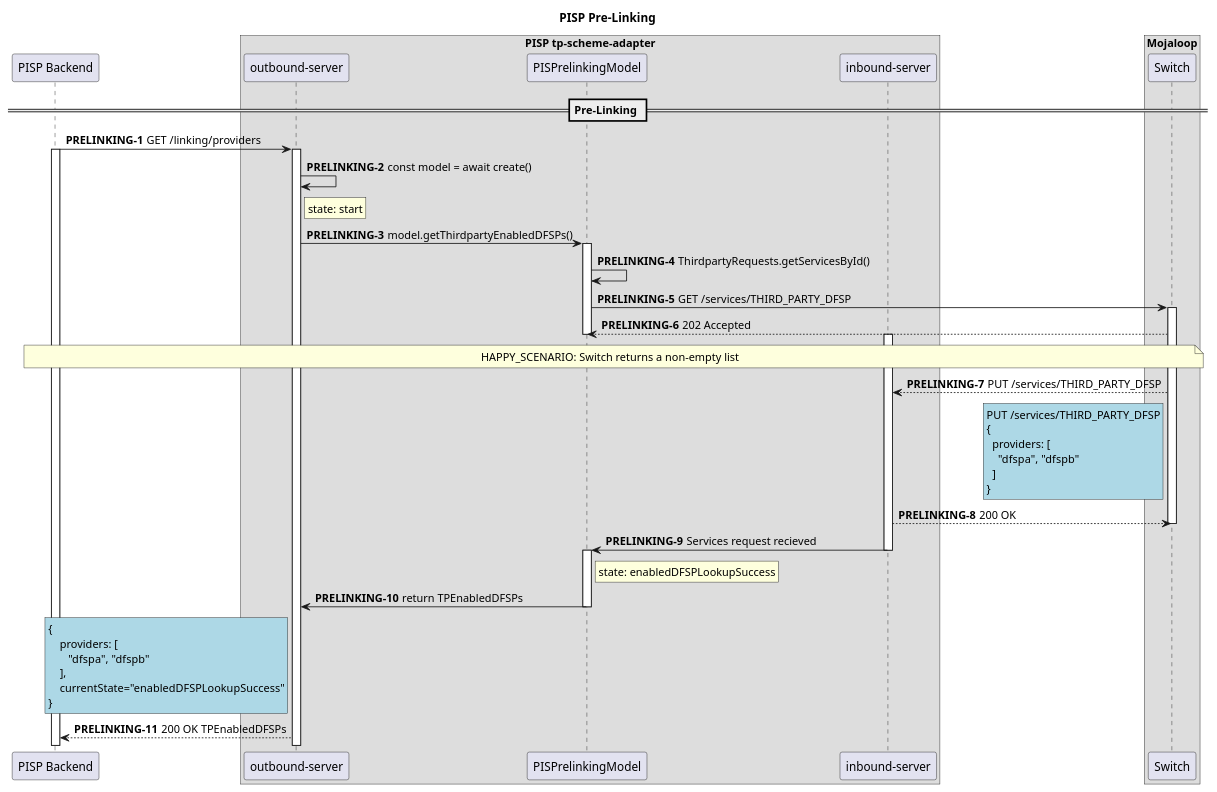
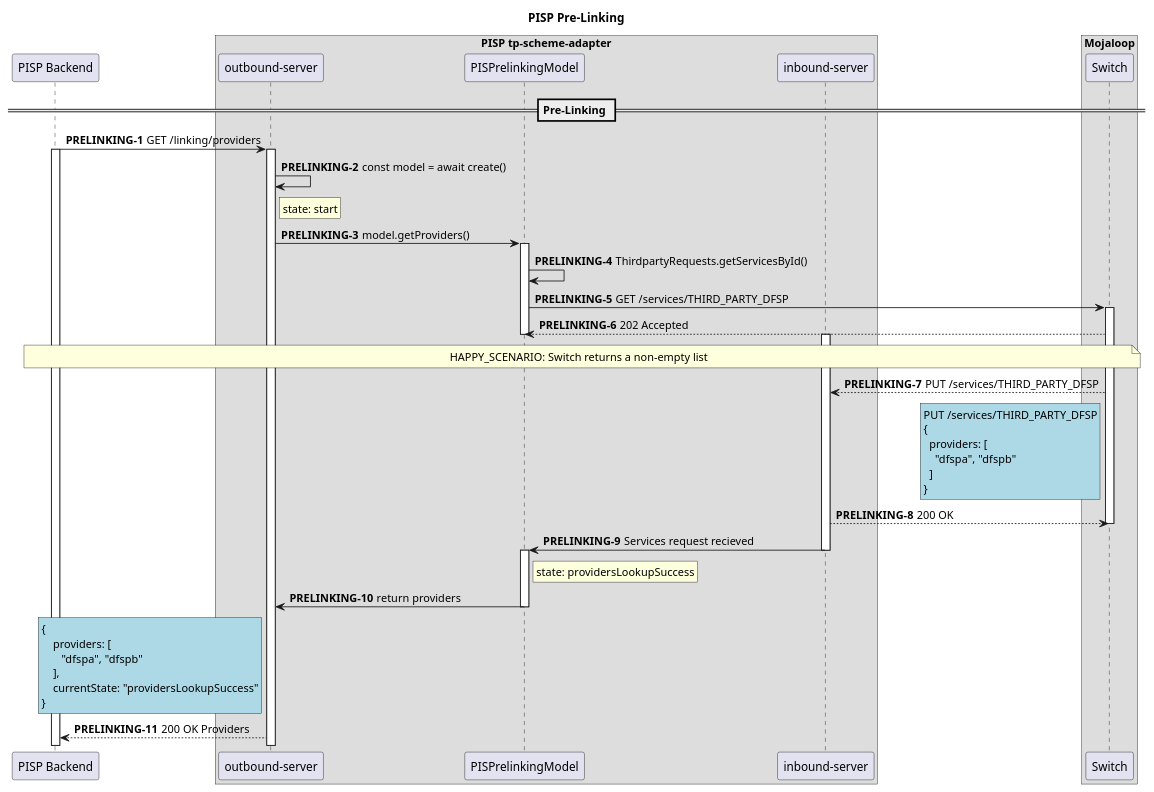
Before and after one commit to mojaloop/thirdparty-sdk: the diagram in docs/sequence/PISPPreLinkingApi.puml, drawn with PlantUML. The commit also changed 3 other files, not shown here.

```diff
--- a/docs/sequence/PISPPreLinkingApi.puml
+++ b/docs/sequence/PISPPreLinkingApi.puml
@@ -1,74 +1,74 @@
 @startuml
 
 title PISP Pre-Linking
 
 participant "PISP Backend" as PISP
 box "PISP tp-scheme-adapter"
   participant "outbound-server" as PISP_TP_OUT
   participant "PISPrelinkingModel" as PISP_PLM
   participant "inbound-server" as PISP_TP_IN
 end box
 box "Mojaloop"
     participant Switch
 end box
 
 == Pre-Linking ==
 autonumber 1 "<b>PRELINKING-#</b>"
 
 PISP -> PISP_TP_OUT: GET /linking/providers
 
 activate PISP
 activate PISP_TP_OUT
 
 PISP_TP_OUT -> PISP_TP_OUT: const model = await create()
 rnote right of PISP_TP_OUT: state: start
-PISP_TP_OUT -> PISP_PLM: model.getThirdpartyEnabledDFSPs()
+PISP_TP_OUT -> PISP_PLM: model.getProviders()
 
 activate PISP_PLM
 
 PISP_PLM -> PISP_PLM: ThirdpartyRequests.getServicesById()
 PISP_PLM -> Switch: GET /services/THIRD_PARTY_DFSP
 
 activate Switch
 Switch --> PISP_PLM: 202 Accepted
 deactivate PISP_PLM
 
 note over PISP, Switch
   HAPPY_SCENARIO: Switch returns a non-empty list
 end note
 
 activate PISP_TP_IN
 
 Switch --> PISP_TP_IN: PUT /services/THIRD_PARTY_DFSP
 rnote left of Switch #LightBlue
 PUT /services/THIRD_PARTY_DFSP
 {
   providers: [
     "dfspa", "dfspb"
   ]
 }
 end note
 PISP_TP_IN --> Switch: 200 OK
 
 deactivate Switch
 
 PISP_TP_IN -> PISP_PLM: Services request recieved
 
 deactivate PISP_TP_IN
 activate PISP_PLM
 
-rnote right of PISP_PLM: state: enabledDFSPLookupSuccess
-PISP_PLM -> PISP_TP_OUT: return TPEnabledDFSPs
+rnote right of PISP_PLM: state: providersLookupSuccess
+PISP_PLM -> PISP_TP_OUT: return providers
 
 deactivate PISP_PLM
 rnote left of PISP_TP_OUT #LightBlue
 {
     providers: [
        "dfspa", "dfspb"
     ],
-    currentState="enabledDFSPLookupSuccess"
+    currentState: "providersLookupSuccess"
 }
 end note
-PISP_TP_OUT --> PISP: 200 OK TPEnabledDFSPs
+PISP_TP_OUT --> PISP: 200 OK Providers
 
 @enduml
```
